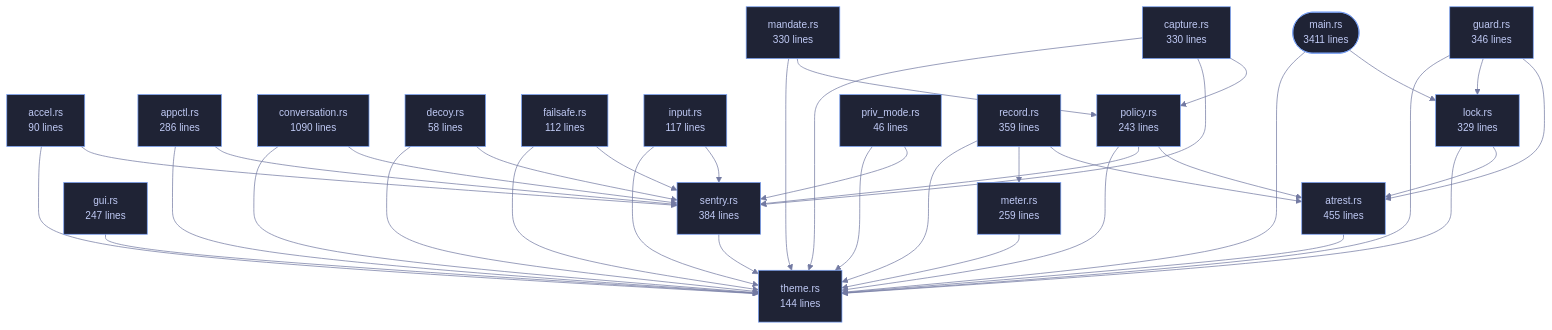
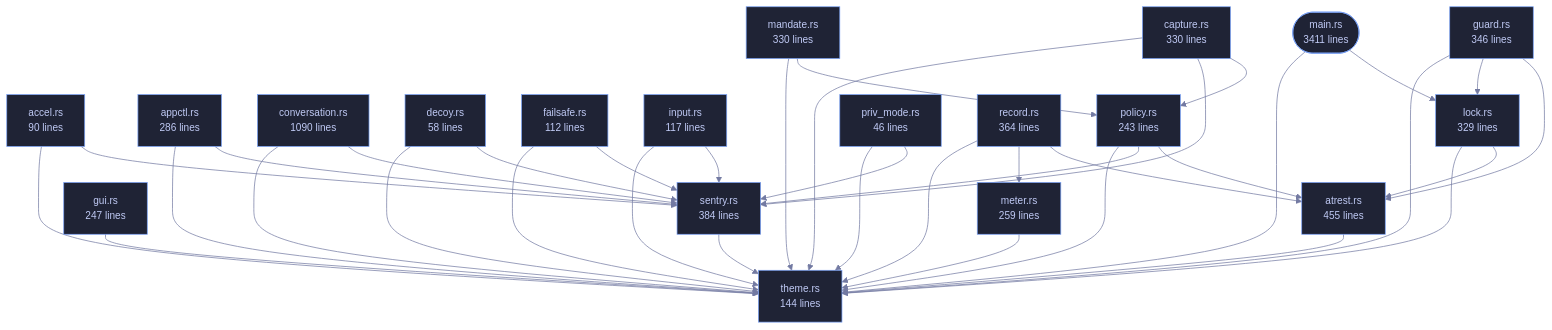
One commit to tilas01/veilvoice changed the diagram in crates/veilvoice-cli/README.md. Above: the diagram before and after it, drawn with Mermaid. The commit also changed other lines of this file and 47 other files, not shown here.

````diff
--- a/crates/veilvoice-cli/README.md
+++ b/crates/veilvoice-cli/README.md
@@ -110,78 +110,78 @@
 ```mermaid
 %%{init: {"theme":"base","themeVariables":{"background":"#1a1b26","primaryColor":"#1f2335","primaryTextColor":"#c0caf5","primaryBorderColor":"#7aa2f7","secondaryColor":"#16161e","tertiaryColor":"#16161e","lineColor":"#737aa2","textColor":"#c0caf5","mainBkg":"#1f2335","nodeBorder":"#7aa2f7","clusterBkg":"#16161e","clusterBorder":"#2f3549","fontFamily":"ui-monospace, SFMono-Regular, Consolas, monospace","fontSize":"14px"}}}%%
 flowchart TD
     n_main(["main.rs<br/>3411 lines"])
     n_accel["accel.rs<br/>90 lines"]
     n_appctl["appctl.rs<br/>286 lines"]
     n_atrest["atrest.rs<br/>455 lines"]
     n_capture["capture.rs<br/>330 lines"]
     n_conversation["conversation.rs<br/>1090 lines"]
     n_decoy["decoy.rs<br/>58 lines"]
     n_failsafe["failsafe.rs<br/>112 lines"]
     n_guard["guard.rs<br/>346 lines"]
     n_gui["gui.rs<br/>247 lines"]
     n_input["input.rs<br/>117 lines"]
     n_lock["lock.rs<br/>329 lines"]
     n_mandate["mandate.rs<br/>330 lines"]
     n_meter["meter.rs<br/>259 lines"]
     n_policy["policy.rs<br/>243 lines"]
     n_priv_mode["priv_mode.rs<br/>46 lines"]
-    n_record["record.rs<br/>359 lines"]
+    n_record["record.rs<br/>364 lines"]
     n_sentry["sentry.rs<br/>384 lines"]
     n_theme["theme.rs<br/>144 lines"]
     n_accel --> n_sentry
     n_accel --> n_theme
     n_appctl --> n_sentry
     n_appctl --> n_theme
     n_atrest --> n_theme
     n_capture --> n_policy
     n_capture --> n_sentry
     n_capture --> n_theme
     n_conversation --> n_sentry
     n_conversation --> n_theme
     n_decoy --> n_sentry
     n_decoy --> n_theme
     n_failsafe --> n_sentry
     n_failsafe --> n_theme
     n_guard --> n_atrest
     n_guard --> n_lock
     n_guard --> n_theme
     n_gui --> n_theme
     n_input --> n_sentry
     n_input --> n_theme
     n_lock --> n_atrest
     n_lock --> n_theme
     n_main --> n_lock
     n_main --> n_theme
     n_mandate --> n_policy
     n_mandate --> n_theme
     n_meter --> n_theme
     n_policy --> n_atrest
     n_policy --> n_sentry
     n_policy --> n_theme
     n_priv_mode --> n_sentry
     n_priv_mode --> n_theme
     n_record --> n_atrest
     n_record --> n_meter
     n_record --> n_theme
     n_sentry --> n_theme
     click n_main href "https://github.com/tilas01/veilvoice/blob/main/crates/veilvoice-cli/src/main.rs" "open the source"
     click n_accel href "https://github.com/tilas01/veilvoice/blob/main/crates/veilvoice-cli/src/accel.rs" "open the source"
     click n_appctl href "https://github.com/tilas01/veilvoice/blob/main/crates/veilvoice-cli/src/appctl.rs" "open the source"
     click n_atrest href "https://github.com/tilas01/veilvoice/blob/main/crates/veilvoice-cli/src/atrest.rs" "open the source"
     click n_capture href "https://github.com/tilas01/veilvoice/blob/main/crates/veilvoice-cli/src/capture.rs" "open the source"
     click n_conversation href "https://github.com/tilas01/veilvoice/blob/main/crates/veilvoice-cli/src/conversation.rs" "open the source"
     click n_decoy href "https://github.com/tilas01/veilvoice/blob/main/crates/veilvoice-cli/src/decoy.rs" "open the source"
     click n_failsafe href "https://github.com/tilas01/veilvoice/blob/main/crates/veilvoice-cli/src/failsafe.rs" "open the source"
     click n_guard href "https://github.com/tilas01/veilvoice/blob/main/crates/veilvoice-cli/src/guard.rs" "open the source"
     click n_gui href "https://github.com/tilas01/veilvoice/blob/main/crates/veilvoice-cli/src/gui.rs" "open the source"
     click n_input href "https://github.com/tilas01/veilvoice/blob/main/crates/veilvoice-cli/src/input.rs" "open the source"
     click n_lock href "https://github.com/tilas01/veilvoice/blob/main/crates/veilvoice-cli/src/lock.rs" "open the source"
     click n_mandate href "https://github.com/tilas01/veilvoice/blob/main/crates/veilvoice-cli/src/mandate.rs" "open the source"
     click n_meter href "https://github.com/tilas01/veilvoice/blob/main/crates/veilvoice-cli/src/meter.rs" "open the source"
     click n_policy href "https://github.com/tilas01/veilvoice/blob/main/crates/veilvoice-cli/src/policy.rs" "open the source"
     click n_priv_mode href "https://github.com/tilas01/veilvoice/blob/main/crates/veilvoice-cli/src/priv_mode.rs" "open the source"
     click n_record href "https://github.com/tilas01/veilvoice/blob/main/crates/veilvoice-cli/src/record.rs" "open the source"
     click n_sentry href "https://github.com/tilas01/veilvoice/blob/main/crates/veilvoice-cli/src/sentry.rs" "open the source"
     click n_theme href "https://github.com/tilas01/veilvoice/blob/main/crates/veilvoice-cli/src/theme.rs" "open the source"
 ```
````
